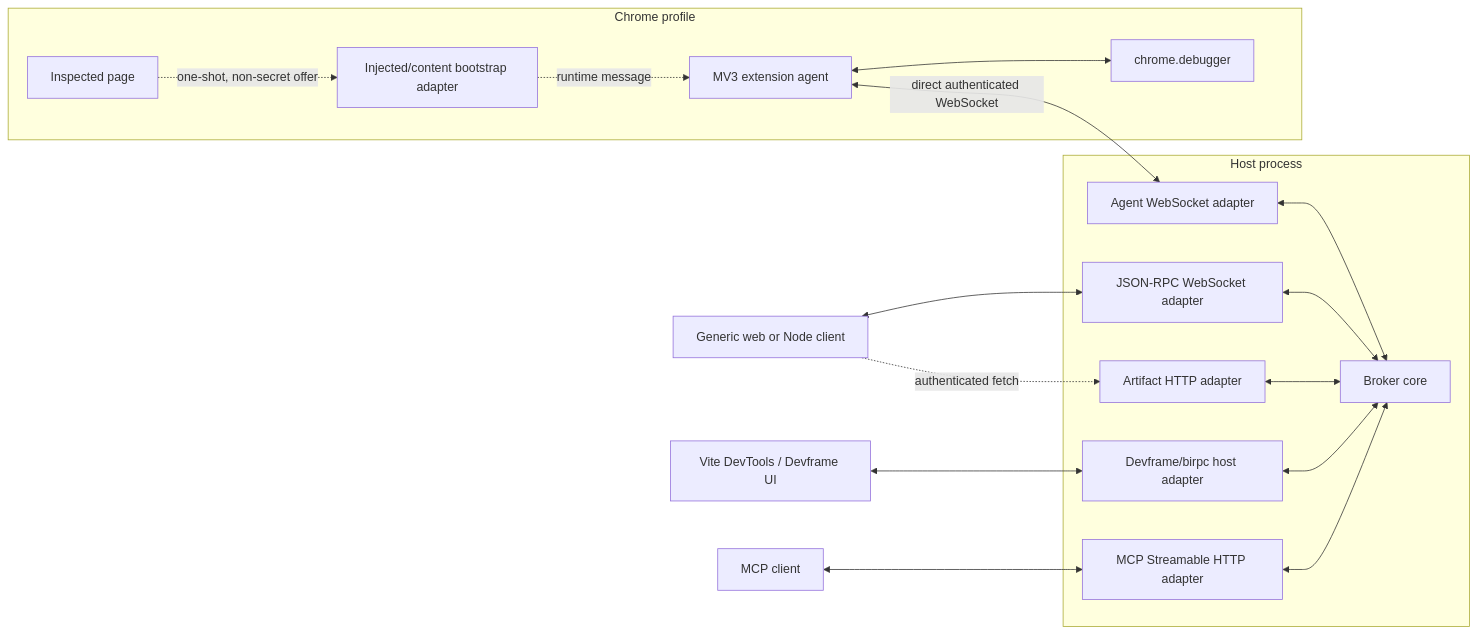
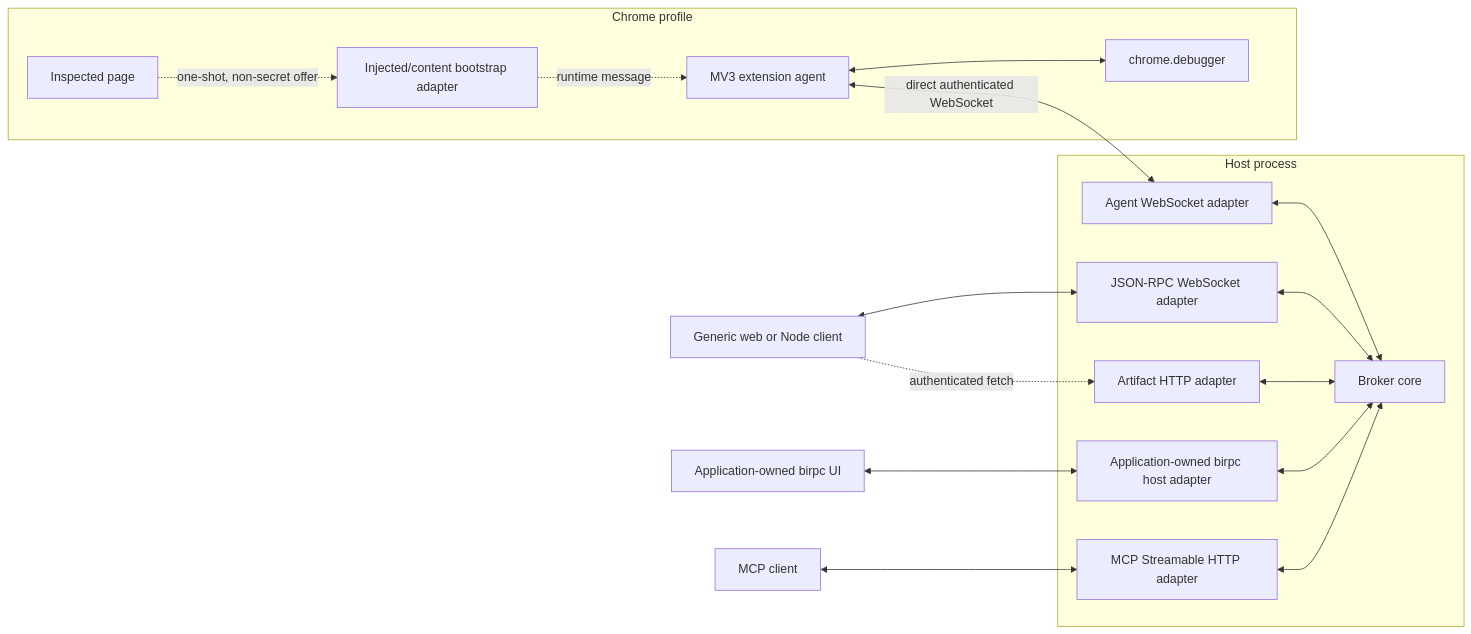
The first of 2 diagrams in implementation-plan.md (dvcol/chrome-debugger-bridge), drawn with Mermaid before and after one commit. The commit also changed other lines of this file and 24 other files, not shown here.

Commit message:
refactor: rename custom birpc adapter

````diff
--- a/implementation-plan.md
+++ b/implementation-plan.md
@@ -51,35 +51,35 @@
 ```mermaid
 flowchart LR
   subgraph Chrome["Chrome profile"]
     Page["Inspected page"]
     Bootstrap["Injected/content bootstrap adapter"]
     Agent["MV3 extension agent"]
     Debugger["chrome.debugger"]
 
     Page -.->|"one-shot, non-secret offer"| Bootstrap
     Bootstrap -.->|"runtime message"| Agent
     Agent <--> Debugger
   end
 
   subgraph Host["Host process"]
     AgentWs["Agent WebSocket adapter"]
     Broker["Broker core"]
     ClientWs["JSON-RPC WebSocket adapter"]
-    DevframeHost["Devframe/birpc host adapter"]
+    BirpcHost["Application-owned birpc host adapter"]
     McpHost["MCP Streamable HTTP adapter"]
     ArtifactHost["Artifact HTTP adapter"]
 
     AgentWs <--> Broker
     ClientWs <--> Broker
-    DevframeHost <--> Broker
+    BirpcHost <--> Broker
     McpHost <--> Broker
     ArtifactHost <--> Broker
   end
 
   Agent <-->|"direct authenticated WebSocket"| AgentWs
 
   GenericClient["Generic web or Node client"] <--> ClientWs
-  DevframeUi["Vite DevTools / Devframe UI"] <--> DevframeHost
+  BirpcUi["Application-owned birpc UI"] <--> BirpcHost
   McpClient["MCP client"] <--> McpHost
   GenericClient -.->|"authenticated fetch"| ArtifactHost
 ```
````
